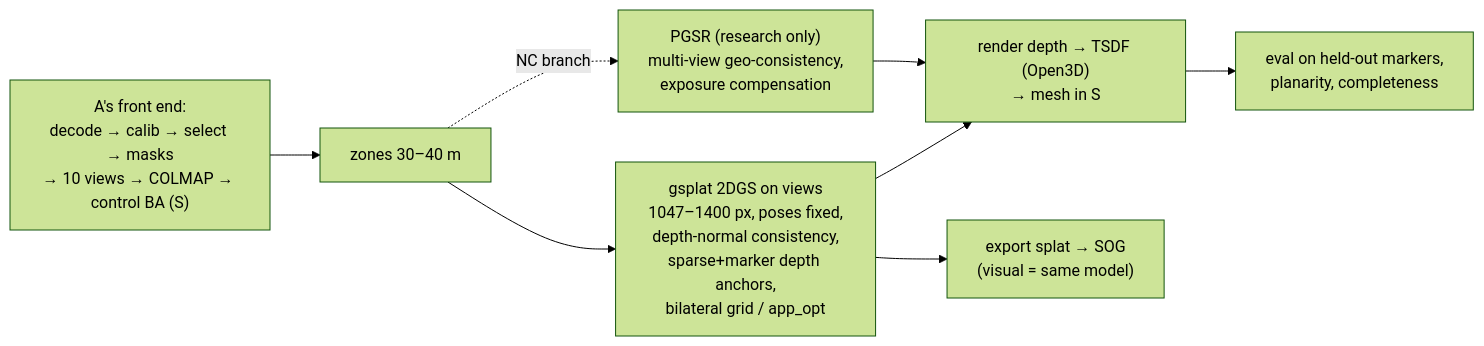
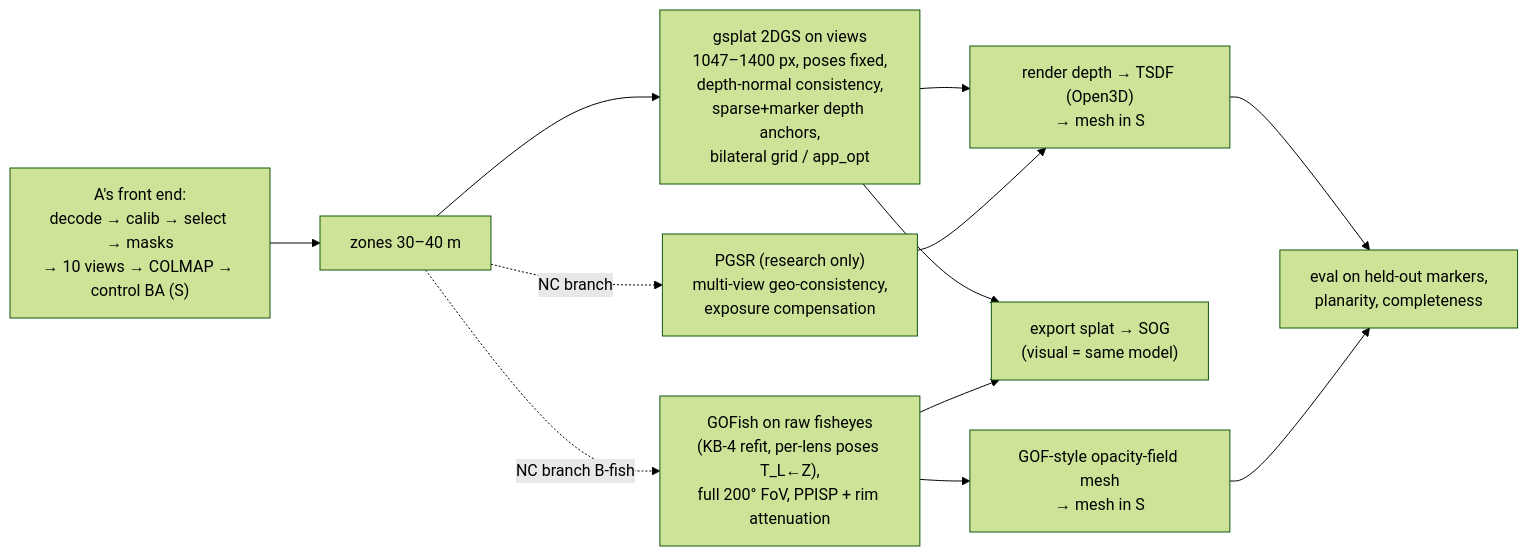
The second of 4 diagrams in research/A4_system_design.md (thelet/GeoFlight), drawn with Mermaid (forest theme) before and after one commit. The commit also changed other lines of this file, not shown here.

First line of the commit message:
A4 patch: Gunes/GOFish, anchors, selection contract

````diff
--- a/research/A4_system_design.md
+++ b/research/A4_system_design.md
@@ -275,10 +307,14 @@
 ```mermaid
 flowchart LR
   FRONT["A's front end:<br/>decode → calib → select → masks<br/>→ 10 views → COLMAP → control BA (S)"] --> Z["zones 30–40 m"]
   Z --> G2["gsplat 2DGS on views<br/>1047–1400 px, poses fixed,<br/>depth-normal consistency,<br/>sparse+marker depth anchors,<br/>bilateral grid / app_opt"]
   Z -.NC branch.-> PG["PGSR (research only)<br/>multi-view geo-consistency,<br/>exposure compensation"]
   G2 --> TS["render depth → TSDF (Open3D)<br/>→ mesh in S"]
   PG --> TS
   TS --> EV["eval on held-out markers,<br/>planarity, completeness"]
   G2 --> VIS["export splat → SOG<br/>(visual = same model)"]
+  Z -.NC branch B-fish.-> GF["GOFish on raw fisheyes<br/>(KB-4 refit, per-lens poses T_L←Z),<br/>full 200° FoV, PPISP + rim attenuation"]
+  GF --> GM["GOF-style opacity-field mesh<br/>→ mesh in S"]
+  GM --> EV
+  GF --> VIS
 ```
````
